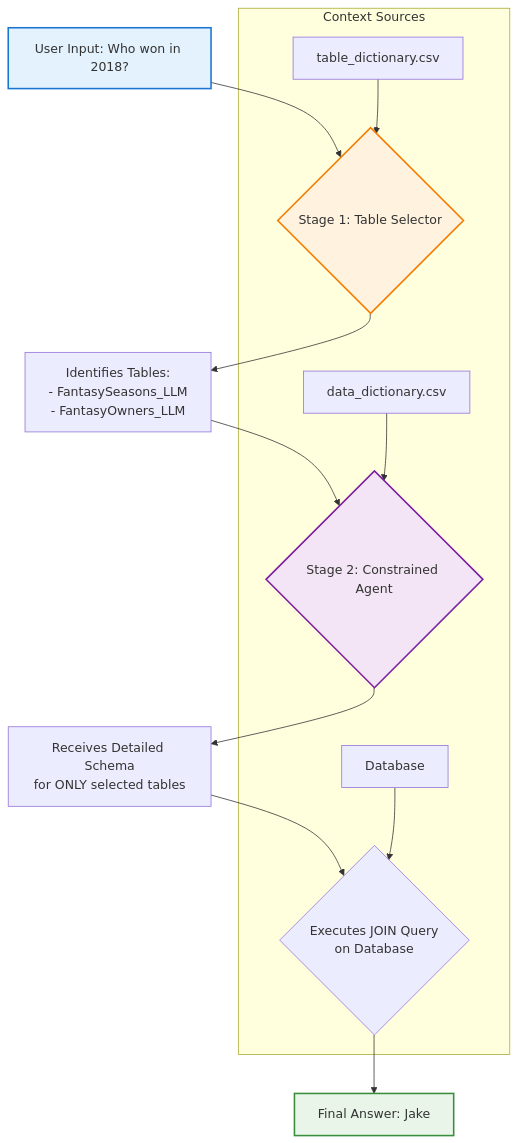
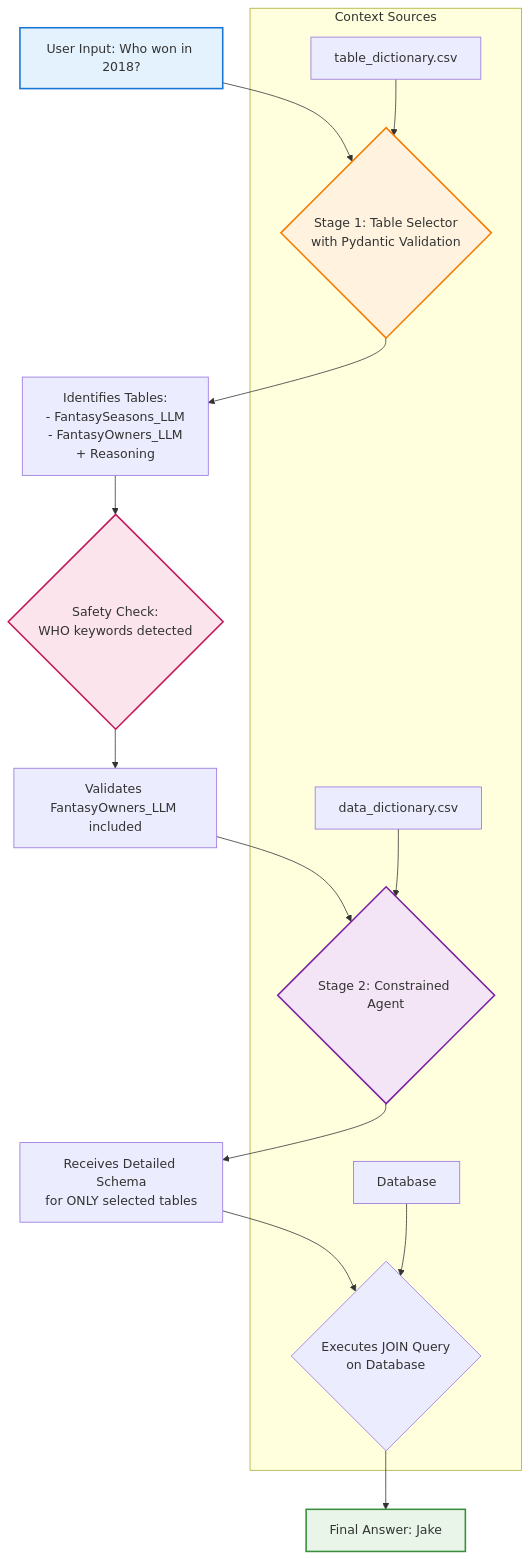
One commit to dylangamachefl/fantasy-football-chatbot changed the diagram in README.md. Above: the diagram before and after it, drawn with Mermaid. The commit also changed other lines of this file and 3 other files, not shown here.

````diff
--- a/README.md
+++ b/README.md
@@ -42,20 +54,23 @@
 ```mermaid
 graph TD
-    A[User Input: Who won in 2018?] --> B{Stage 1: Table Selector}
-    B --> C[Identifies Tables:<br/>- FantasySeasons_LLM<br/>- FantasyOwners_LLM]
-    C --> D{Stage 2: Constrained Agent}
-    D --> E[Receives Detailed Schema<br/>for ONLY selected tables]
-    E --> F{Executes JOIN Query<br/>on Database}
-    F --> G[Final Answer: Jake]
+    A[User Input: Who won in 2018?] --> B{Stage 1: Table Selector<br/>with Pydantic Validation}
+    B --> C[Identifies Tables:<br/>- FantasySeasons_LLM<br/>- FantasyOwners_LLM<br/>+ Reasoning]
+    C --> D{Safety Check:<br/>WHO keywords detected}
+    D --> E[Validates FantasyOwners_LLM included]
+    E --> F{Stage 2: Constrained Agent}
+    F --> G[Receives Detailed Schema<br/>for ONLY selected tables]
+    G --> H{Executes JOIN Query<br/>on Database}
+    H --> I[Final Answer: Jake]
 
     subgraph Context["Context Sources"]
-        H[table_dictionary.csv] --> B
-        I[data_dictionary.csv] --> D
-        J[Database] --> F
+        J[table_dictionary.csv] --> B
+        K[data_dictionary.csv] --> F
+        L[Database] --> H
     end
 
     style A fill:#E3F2FD,stroke:#1976D2,stroke-width:2px
-    style G fill:#E8F5E8,stroke:#388E3C,stroke-width:2px
+    style I fill:#E8F5E8,stroke:#388E3C,stroke-width:2px
     style B fill:#FFF3E0,stroke:#F57C00,stroke-width:2px
-    style D fill:#F3E5F5,stroke:#7B1FA2,stroke-width:2px
+    style D fill:#FCE4EC,stroke:#C2185B,stroke-width:2px
+    style F fill:#F3E5F5,stroke:#7B1FA2,stroke-width:2px
 ```
````
